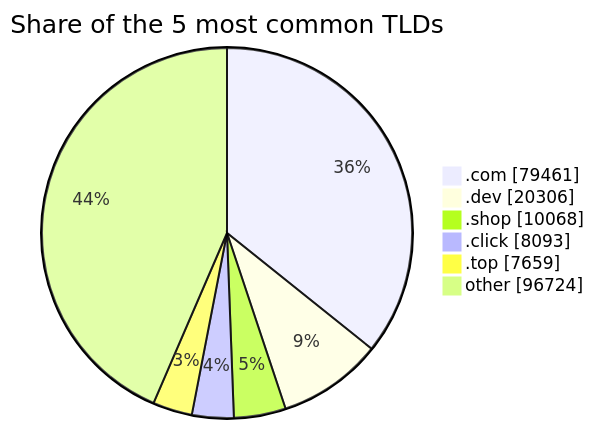
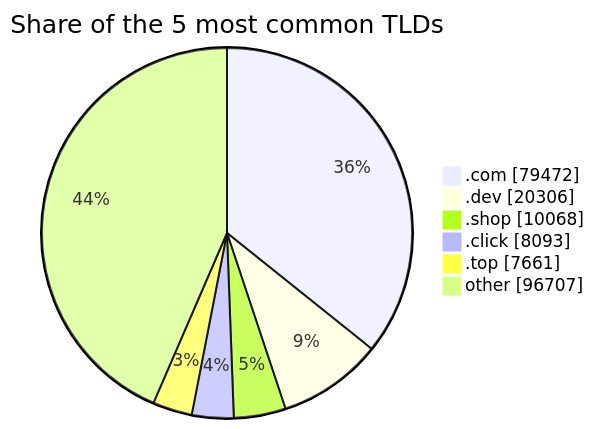
One commit to DNSBunker/CTI changed the third of 3 diagrams in README.md. Above: the diagram before and after it, drawn with Mermaid. The commit also changed other lines of this file and 3 other files, not shown here.

````diff
--- a/README.md
+++ b/README.md
@@ -81,9 +81,9 @@
 ```mermaid
 pie showData title Share of the 5 most common TLDs
-    ".com" : 79461
+    ".com" : 79472
     ".dev" : 20306
     ".shop" : 10068
     ".click" : 8093
-    ".top" : 7659
-    "other" : 96724
+    ".top" : 7661
+    "other" : 96707
 ```
````
